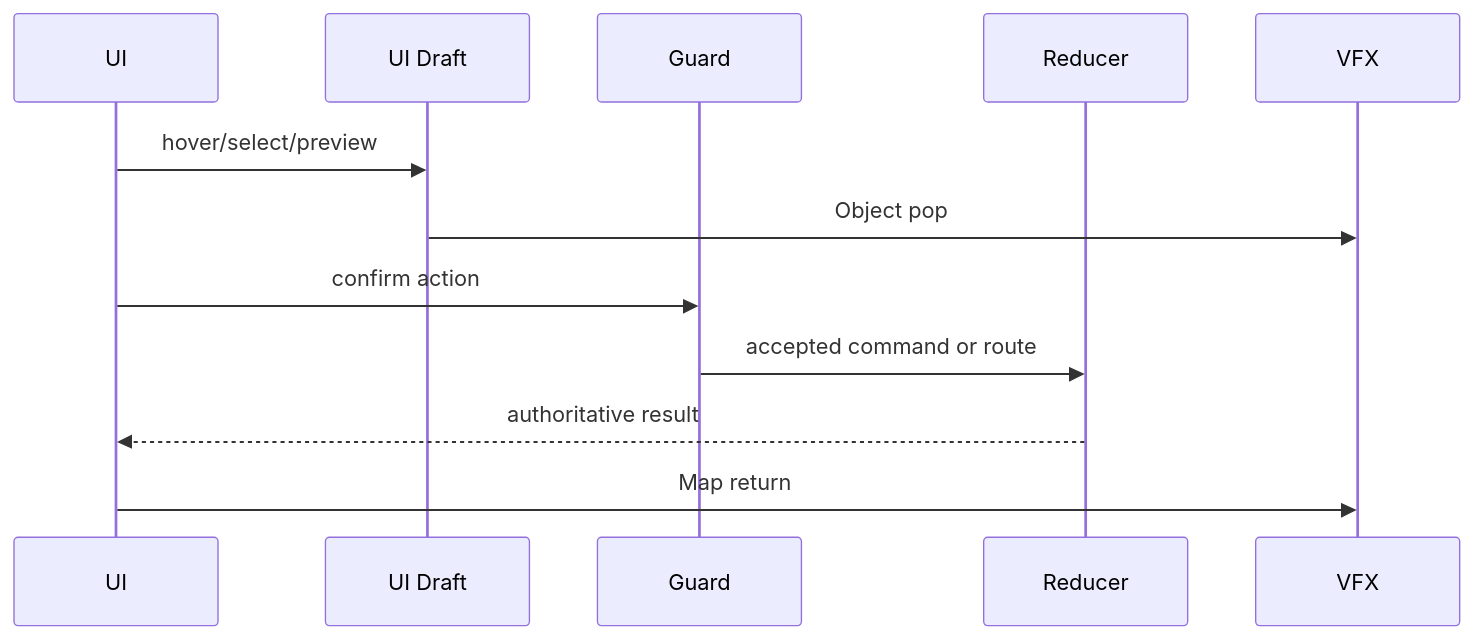
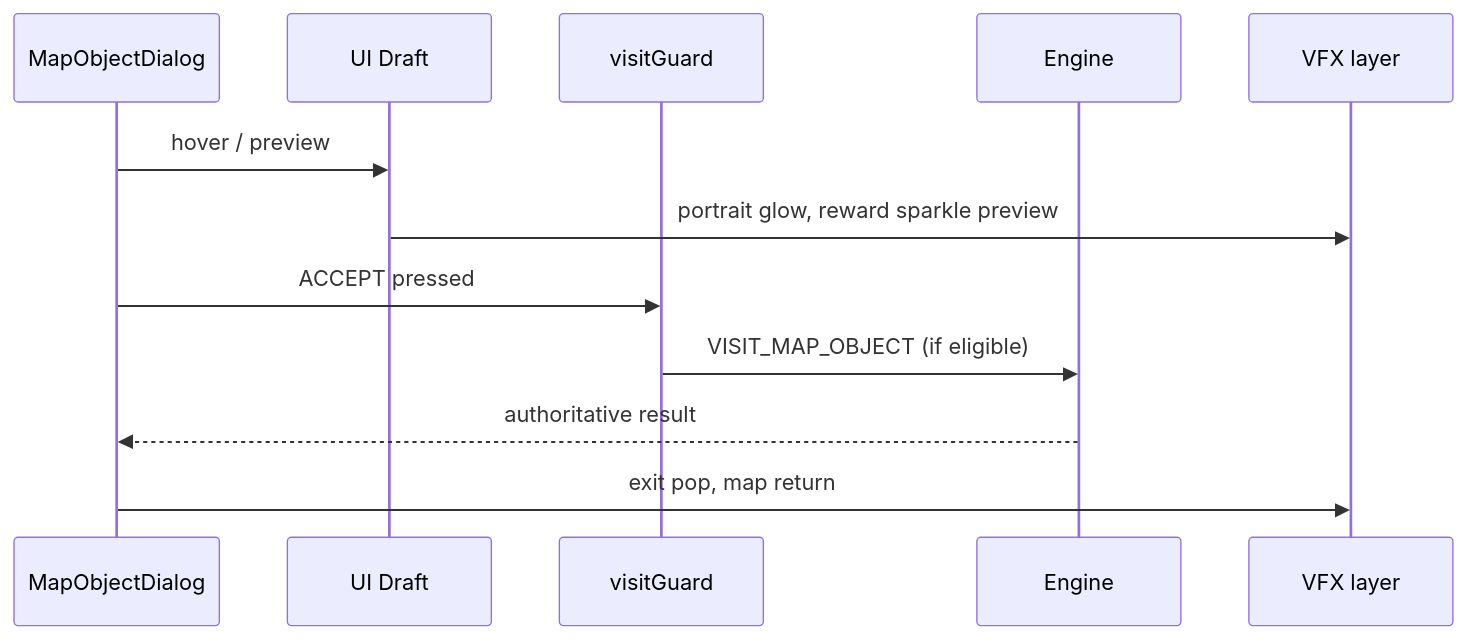
The fourth of 5 diagrams in docs/architecture/wiki/screens/09-map-object-dialog/architecture.md (SunaNoOshiro/Heroes_Reforged_AI_Realms), drawn with Mermaid before and after one commit. The commit also changed other lines of this file and 518 other files, not shown here.

First line of the commit message:
Add doc-audit skill and sweep architecture/screen docs

````diff
--- a/docs/architecture/wiki/screens/09-map-object-dialog/architecture.md
+++ b/docs/architecture/wiki/screens/09-map-object-dialog/architecture.md
@@ -52,14 +51,14 @@
 ```mermaid
 sequenceDiagram
-  participant UI
+  participant UI as MapObjectDialog
   participant Draft as UI Draft
-  participant Guard
-  participant Reducer
-  participant VFX
-  UI->>Draft: hover/select/preview
-  Draft->>VFX: Object pop
-  UI->>Guard: confirm action
-  Guard->>Reducer: accepted command or route
+  participant Guard as visitGuard
+  participant Reducer as Engine
+  participant VFX as VFX layer
+  UI->>Draft: hover / preview
+  Draft->>VFX: portrait glow, reward sparkle preview
+  UI->>Guard: ACCEPT pressed
+  Guard->>Reducer: VISIT_MAP_OBJECT (if eligible)
   Reducer-->>UI: authoritative result
-  UI->>VFX: Map return
+  UI->>VFX: exit pop, map return
 ```
````
